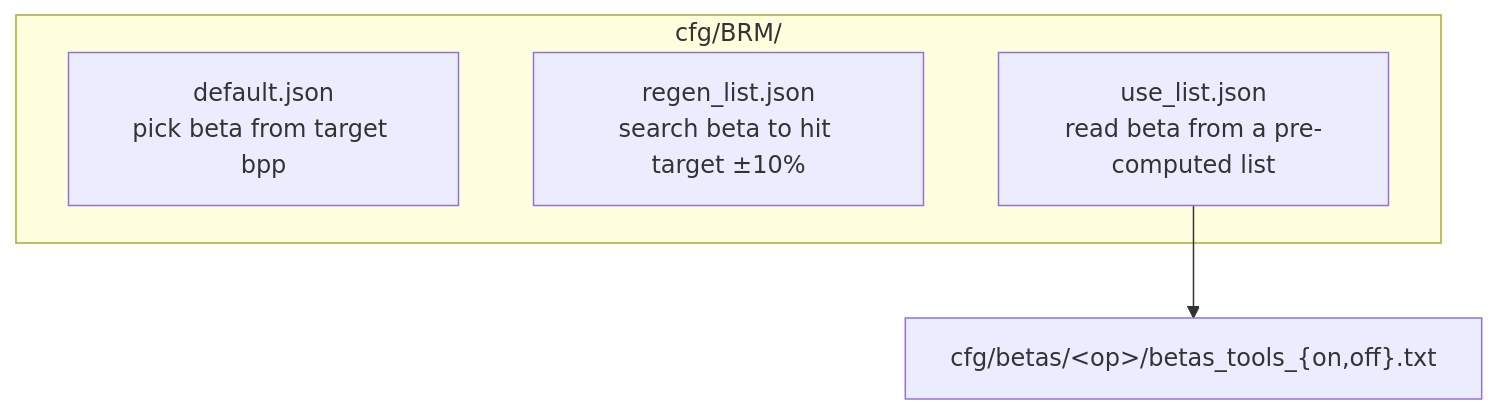
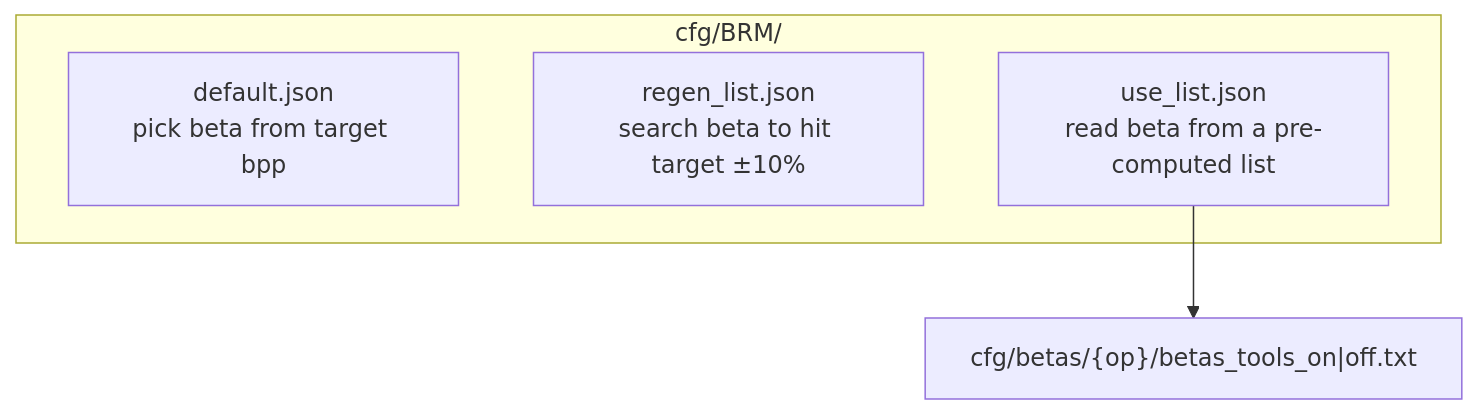
One commit to akarabutov/jpeg-ai-reference-software changed the third of 3 diagrams in docs/architecture/03-configuration-system.md. Above: the diagram before and after it, drawn with Mermaid. The commit also changed other lines of this file and 15 other files, not shown here.

First line of the commit message:
Build the architecture documentation as HTML via Doxygen

````diff
--- a/docs/architecture/03-configuration-system.md
+++ b/docs/architecture/03-configuration-system.md
@@ -232,9 +232,9 @@
 ```mermaid
 flowchart TB
     subgraph MODES["cfg/BRM/"]
         D["default.json<br/>pick beta from target bpp"]
         RG["regen_list.json<br/>search beta to hit target ±10%"]
         US["use_list.json<br/>read beta from a pre-computed list"]
     end
-    US --> B["cfg/betas/&lt;op&gt;/betas_tools_{on,off}.txt"]
+    US --> B["cfg/betas/{op}/betas_tools_on|off.txt"]
 ```
````
